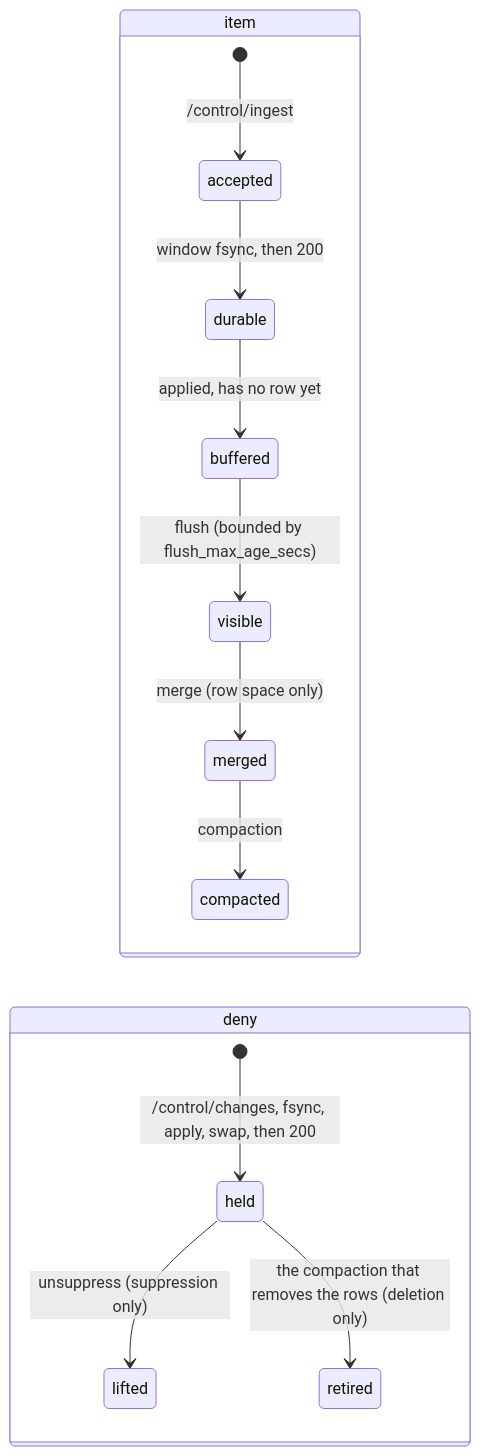
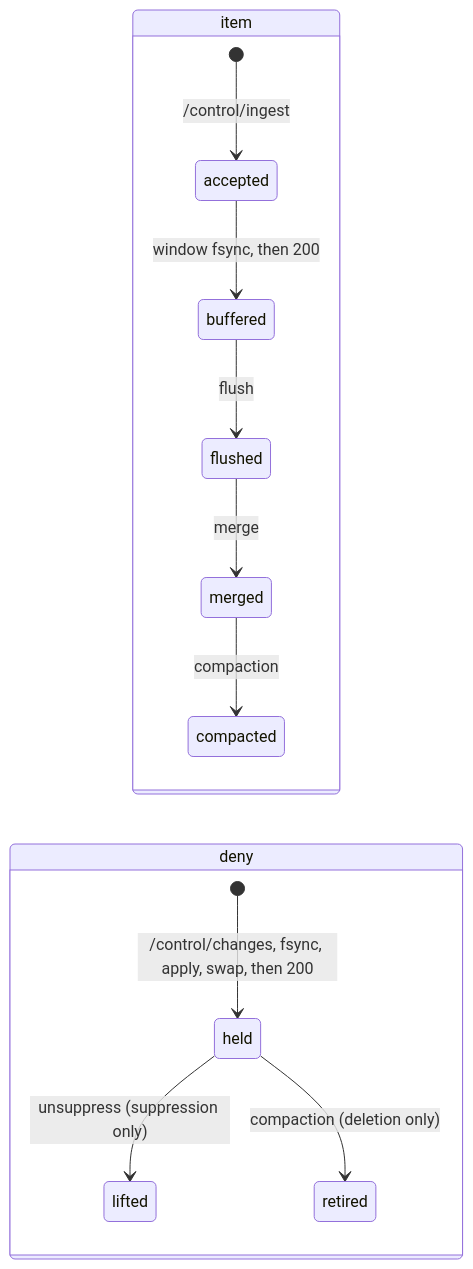
Before and after one commit to jennis0/tesseradb: the diagram in docs/system/write-path.md, drawn with Mermaid. The commit also changed other lines of this file, not shown here.

````diff
--- a/docs/system/write-path.md
+++ b/docs/system/write-path.md
@@ -14,17 +14,16 @@
 ```mermaid
 stateDiagram-v2
   direction LR
   state "item" as item {
     [*] --> accepted: /control/ingest
-    accepted --> durable: window fsync, then 200
-    durable --> buffered: applied, has no row yet
-    buffered --> visible: flush (bounded by flush_max_age_secs)
-    visible --> merged: merge (row space only)
+    accepted --> buffered: window fsync, then 200
+    buffered --> flushed: flush
+    flushed --> merged: merge
     merged --> compacted: compaction
   }
   state "deny" as deny {
     [*] --> held: /control/changes, fsync, apply, swap, then 200
     held --> lifted: unsuppress (suppression only)
-    held --> retired: the compaction that removes the rows (deletion only)
+    held --> retired: compaction (deletion only)
   }
 ```
````
